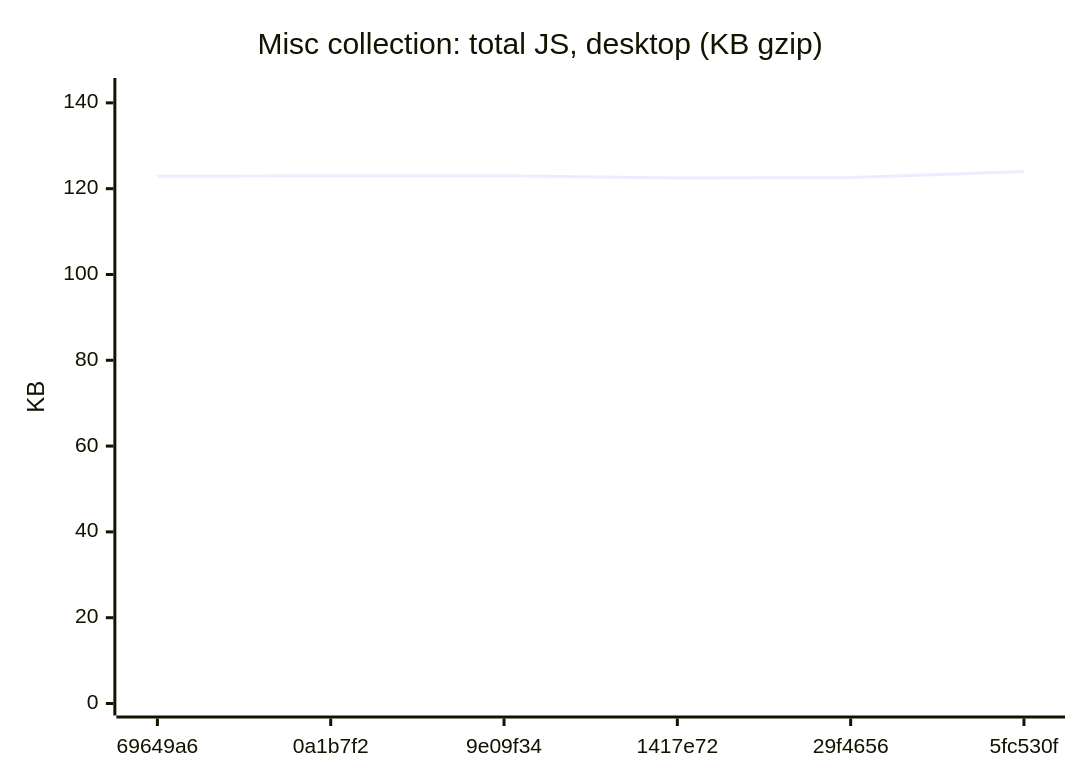
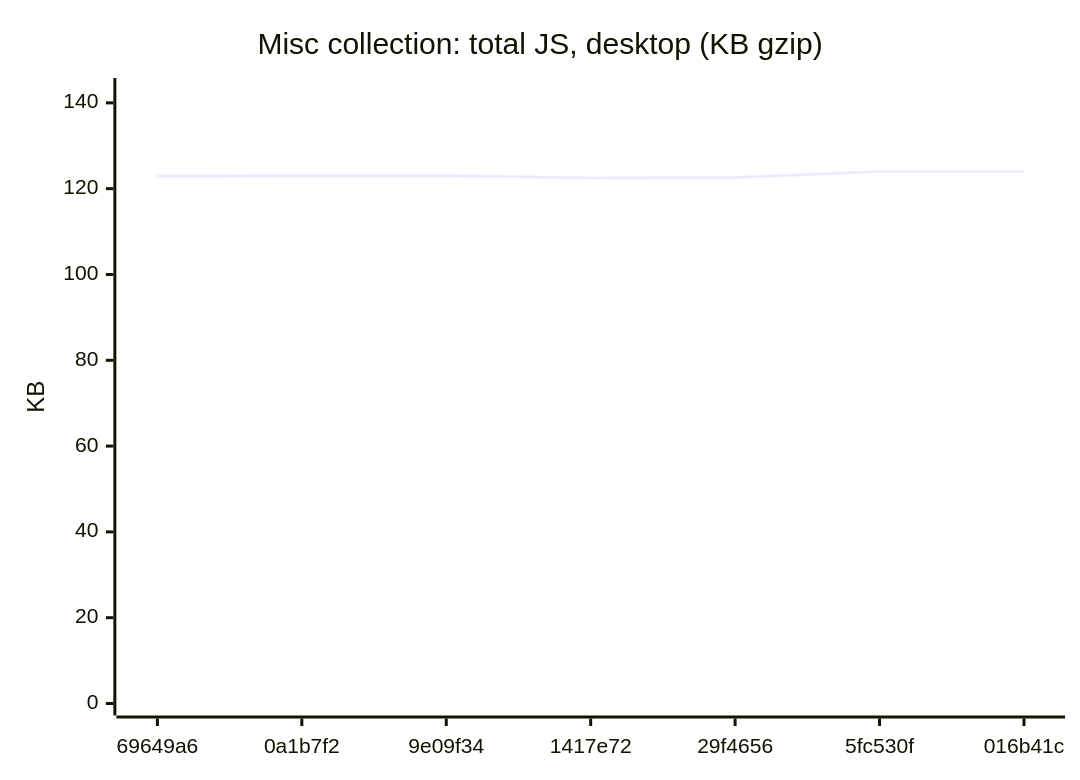
Before and after one commit to AxelUser/maltsev.space: the ninth of 18 diagrams in README.md, drawn with Mermaid. The commit also changed other lines of this file and 1 other file, not shown here.

````diff
--- a/README.md
+++ b/README.md
@@ -107,7 +107,7 @@
 ```mermaid
 xychart-beta
   title "Misc collection: total JS, desktop (KB gzip)"
-  x-axis ["69649a6", "0a1b7f2", "9e09f34", "1417e72", "29f4656", "5fc530f"]
+  x-axis ["69649a6", "0a1b7f2", "9e09f34", "1417e72", "29f4656", "5fc530f", "016b41c"]
   y-axis "KB" 0 --> 143
-  line [122.9, 123, 123, 122.5, 122.6, 124]
+  line [122.9, 123, 123, 122.5, 122.6, 124, 124]
 ```
````
